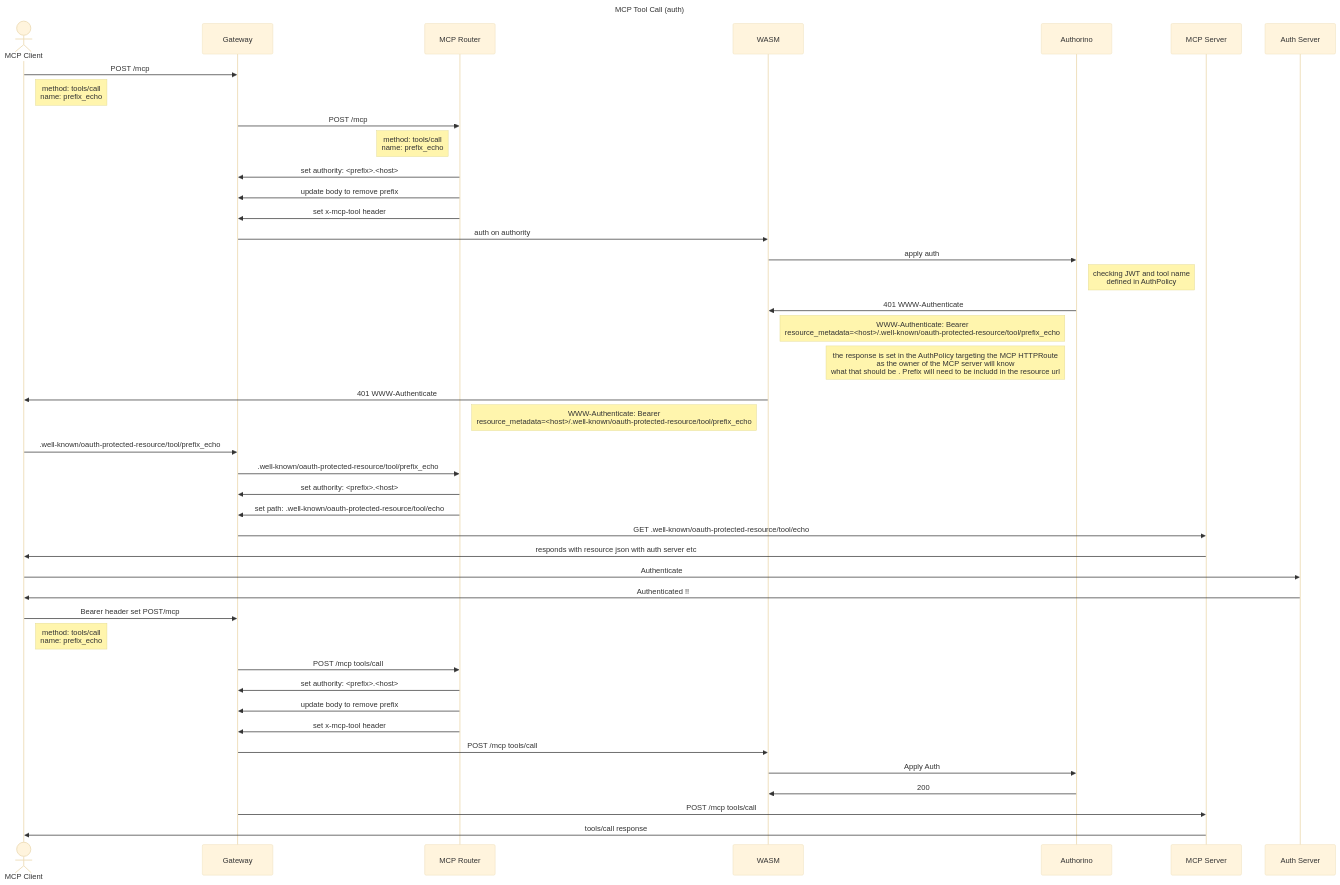
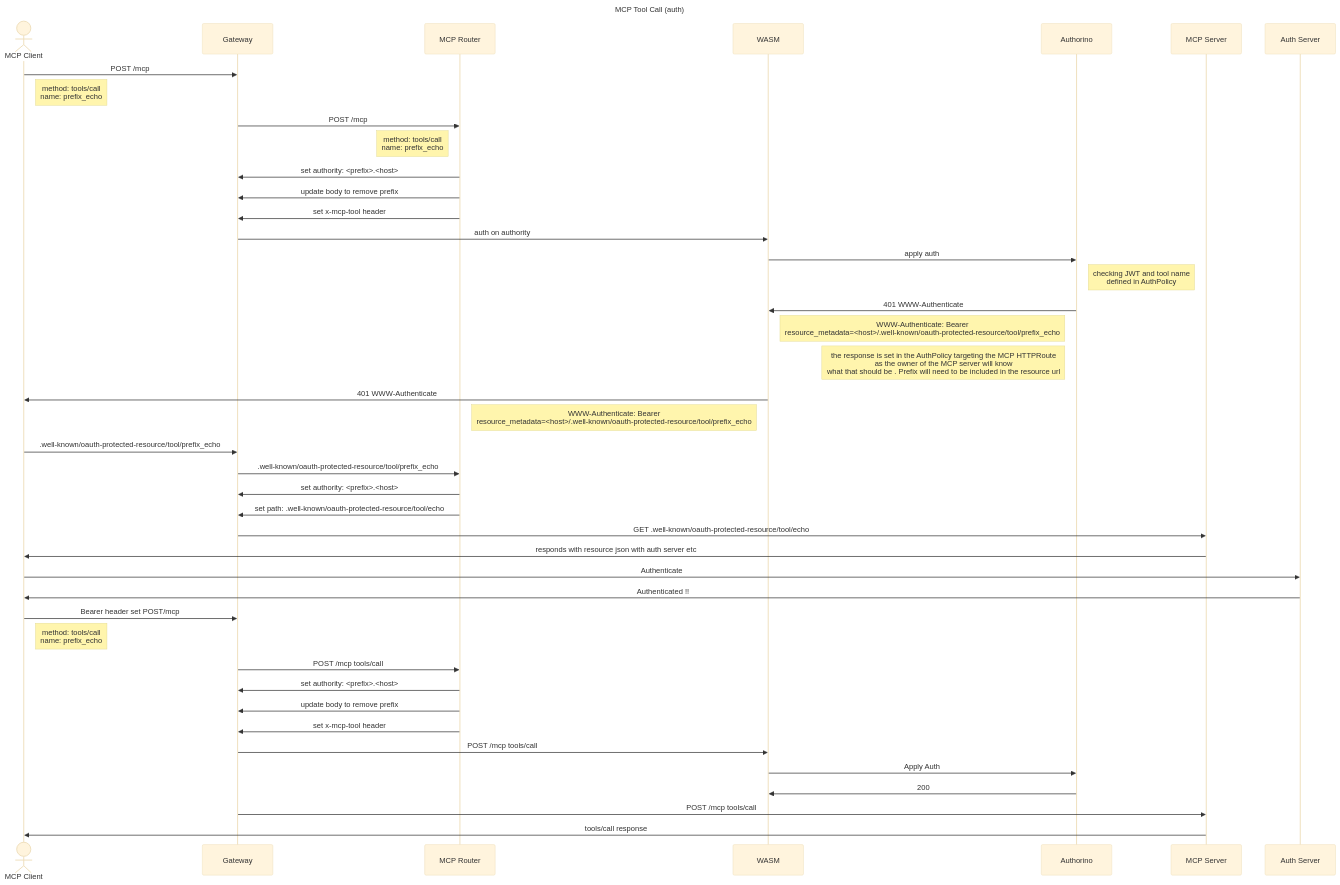
The sixth of 6 diagrams in docs/design/flows.md (kagenti/mcp-gateway), drawn with Mermaid (base theme) before and after one commit. The commit also changed 4 other files, not shown here.

````diff
--- a/docs/design/flows.md
+++ b/docs/design/flows.md
@@ -129,39 +129,39 @@
 ```mermaid
 sequenceDiagram
         title MCP Tool Call (auth)
         actor MCP Client
         MCP Client->>Gateway: POST /mcp 
         note right of MCP Client: method: tools/call <br/> name: prefix_echo
         Gateway->>MCP Router: POST /mcp
         note left of MCP Router: method: tools/call <br/> name: prefix_echo
         MCP Router->>Gateway: set authority: <prefix>.<host>
         MCP Router->>Gateway: update body to remove prefix 
         MCP Router->>Gateway: set x-mcp-tool header 
         Gateway->>WASM: auth on authority
         WASM->>Authorino: apply auth 
         note right of Authorino: checking JWT and tool name <br/> defined in AuthPolicy
         Authorino->>WASM: 401 WWW-Authenticate 
         note left of Authorino: WWW-Authenticate: Bearer <br/> resource_metadata=<host>/.well-known/oauth-protected-resource/tool/prefix_echo
-        note left of Authorino: the response is set in the  AuthPolicy targeting the MCP HTTPRoute <br/> as the owner of the MCP server will know <br/> what that should be . Prefix will need to be includd in the resource url
+        note left of Authorino: the response is set in the  AuthPolicy targeting the MCP HTTPRoute <br/> as the owner of the MCP server will know <br/> what that should be . Prefix will need to be included in the resource url
         WASM->>MCP Client: 401 WWW-Authenticate 
         note left of WASM: WWW-Authenticate: Bearer <br/> resource_metadata=<host>/.well-known/oauth-protected-resource/tool/prefix_echo
         MCP Client->>Gateway: .well-known/oauth-protected-resource/tool/prefix_echo
         Gateway->>MCP Router: .well-known/oauth-protected-resource/tool/prefix_echo
         MCP Router->>Gateway: set authority: <prefix>.<host>
         MCP Router->>Gateway: set path: .well-known/oauth-protected-resource/tool/echo
         Gateway->>MCP Server: GET .well-known/oauth-protected-resource/tool/echo
         MCP Server->>MCP Client: responds with resource json with auth server etc
         MCP Client->>Auth Server: Authenticate 
         Auth Server->>MCP Client: Authenticated !!
         MCP Client->>Gateway: Bearer header set POST/mcp
         note right of MCP Client: method: tools/call <br/> name: prefix_echo
         Gateway->>MCP Router: POST /mcp tools/call
         MCP Router->>Gateway: set authority: <prefix>.<host>
         MCP Router->>Gateway: update body to remove prefix 
         MCP Router->>Gateway: set x-mcp-tool header 
         Gateway->>WASM: POST /mcp tools/call
         WASM->>Authorino: Apply Auth
         Authorino->>WASM: 200
         Gateway->>MCP Server: POST /mcp tools/call
         MCP Server->>MCP Client: tools/call response
 ```        
````
